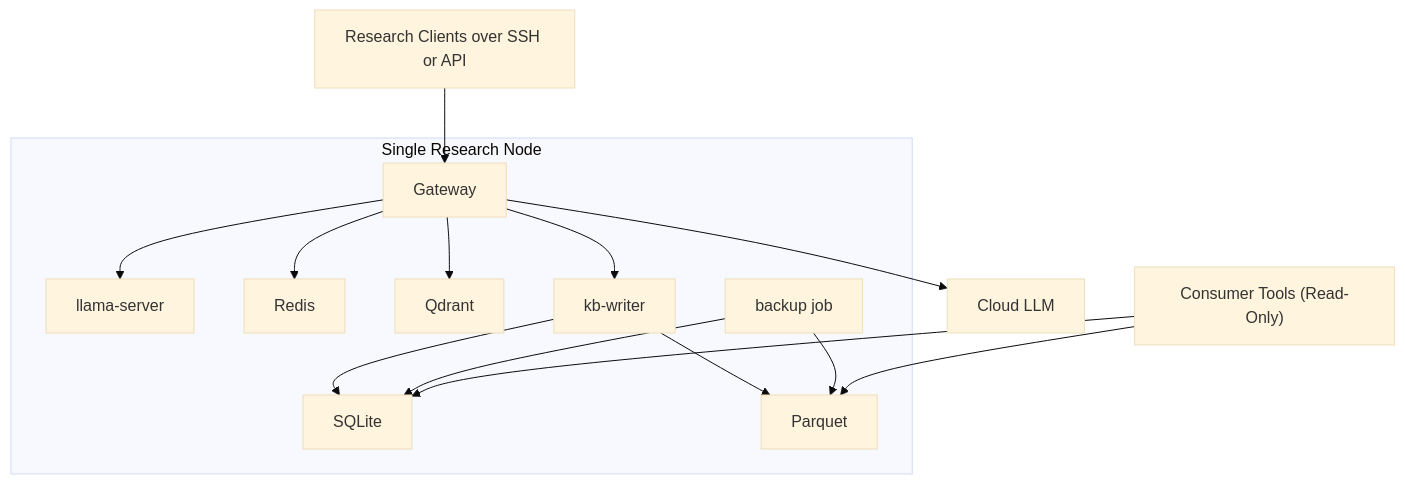
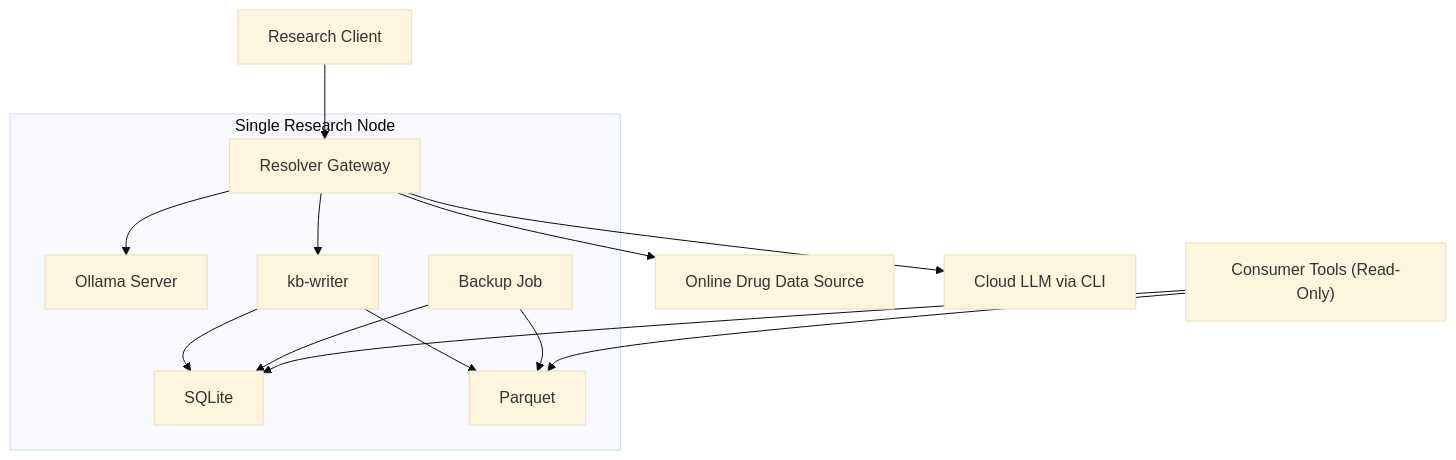
One commit to xXChiffreXx/AI-Hybrid-Deployment changed the diagram in docs/architecture/02_deployment_and_operations.md. Above: the diagram before and after it, drawn with Mermaid (base theme). The commit also changed other lines of this file and 3 other files, not shown here.

Commit message:
Align architecture docs to MVP local-first enrichment workflow

````diff
--- a/docs/architecture/02_deployment_and_operations.md
+++ b/docs/architecture/02_deployment_and_operations.md
@@ -7,27 +7,24 @@
 ```mermaid
 flowchart TB
-  subgraph H[Single Research Node]
-    G[Gateway]
-    L[llama-server]
-    R[Redis]
-    Q[Qdrant]
-    W[kb-writer]
-    S[SQLite]
-    P[Parquet]
-    B[backup job]
+  subgraph H["Single Research Node"]
+    G["Resolver Gateway"]
+    O["Ollama Server"]
+    W["kb-writer"]
+    S["SQLite"]
+    P["Parquet"]
+    B["Backup Job"]
 
-    G --> L
-    G --> R
-    G --> Q
+    G --> O
     G --> W
     W --> S
     W --> P
     B --> S
     B --> P
   end
 
+  U["Research Client"] --> G
+  G --> D["Online Drug Data Source"]
+  G --> C["Cloud LLM via CLI"]
   V["Consumer Tools (Read-Only)"] --> S
   V --> P
-  U[Research Clients over SSH or API] --> G
-  G --> C[Cloud LLM]
 ```
````
